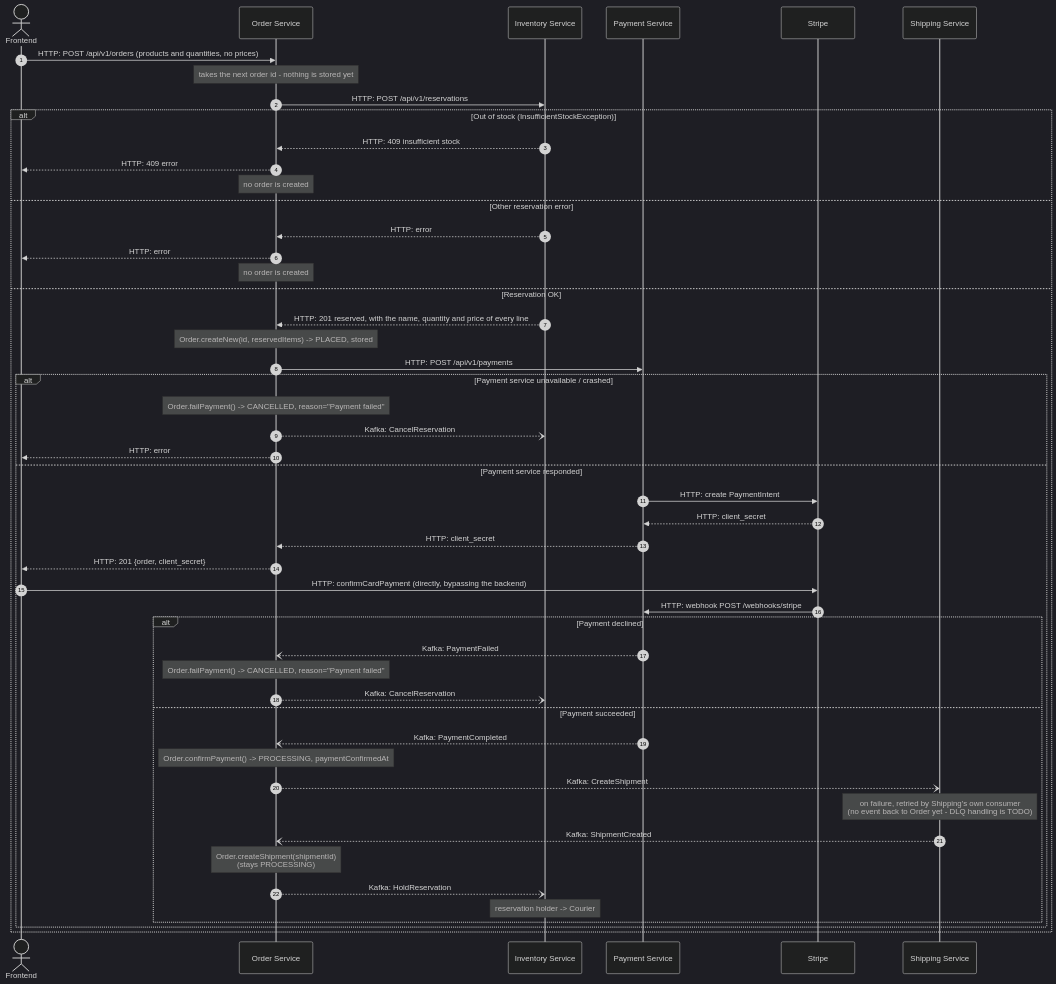
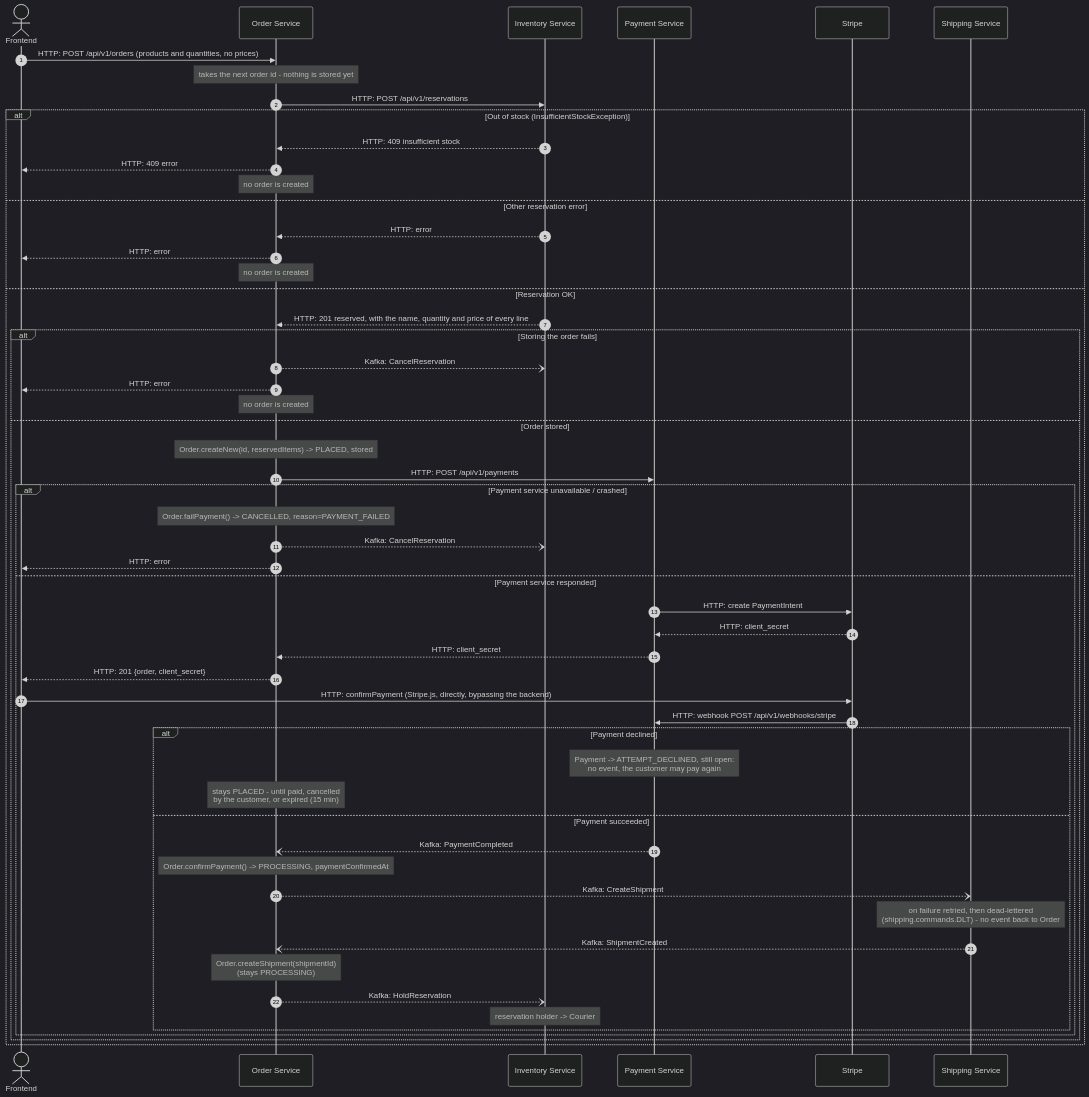
One commit to ihorhartmann/E-commerce-App changed the third of 6 diagrams in docs/order_saga.md. Above: the diagram before and after it, drawn with Mermaid (dark theme). The commit also changed other lines of this file and 8 other files, not shown here.

First line of the commit message:
IHO-39 Order saga doc matches the code; drop the unused PaymentFailed handling

````diff
--- a/docs/order_saga.md
+++ b/docs/order_saga.md
@@ -104,58 +107,64 @@
 ```mermaid
 sequenceDiagram
     autonumber
     actor U as Frontend
     participant O as Order Service
     participant I as Inventory Service
     participant P as Payment Service
     participant S as Stripe
     participant Sh as Shipping Service
 
     U->>O: HTTP: POST /api/v1/orders (products and quantities, no prices)
     Note over O: takes the next order id - nothing is stored yet
     O->>I: HTTP: POST /api/v1/reservations
 
     alt Out of stock (InsufficientStockException)
         I-->>O: HTTP: 409 insufficient stock
         O-->>U: HTTP: 409 error
         Note over O: no order is created
     else Other reservation error
         I-->>O: HTTP: error
         O-->>U: HTTP: error
         Note over O: no order is created
     else Reservation OK
         I-->>O: HTTP: 201 reserved, with the name, quantity and price of every line
-        Note over O: Order.createNew(id, reservedItems) -> PLACED, stored
-        O->>P: HTTP: POST /api/v1/payments
 
-        alt Payment service unavailable / crashed
-            Note over O: Order.failPayment() -> CANCELLED, reason="Payment failed"
+        alt Storing the order fails
             O--)I: Kafka: CancelReservation
             O-->>U: HTTP: error
-        else Payment service responded
-            P->>S: HTTP: create PaymentIntent
-            S-->>P: HTTP: client_secret
-            P-->>O: HTTP: client_secret
-            O-->>U: HTTP: 201 {order, client_secret}
+            Note over O: no order is created
+        else Order stored
+            Note over O: Order.createNew(id, reservedItems) -> PLACED, stored
+            O->>P: HTTP: POST /api/v1/payments
 
-            U->>S: HTTP: confirmCardPayment (directly, bypassing the backend)
-            S->>P: HTTP: webhook POST /webhooks/stripe
+            alt Payment service unavailable / crashed
+                Note over O: Order.failPayment() -> CANCELLED, reason=PAYMENT_FAILED
+                O--)I: Kafka: CancelReservation
+                O-->>U: HTTP: error
+            else Payment service responded
+                P->>S: HTTP: create PaymentIntent
+                S-->>P: HTTP: client_secret
+                P-->>O: HTTP: client_secret
+                O-->>U: HTTP: 201 {order, client_secret}
 
-            alt Payment declined
-                P--)O: Kafka: PaymentFailed
-                Note over O: Order.failPayment() -> CANCELLED, reason="Payment failed"
-                O--)I: Kafka: CancelReservation
-            else Payment succeeded
-                P--)O: Kafka: PaymentCompleted
-                Note over O: Order.confirmPayment() -> PROCESSING, paymentConfirmedAt
-                O--)Sh: Kafka: CreateShipment
-                Note over Sh: on failure, retried by Shipping's own consumer<br/>(no event back to Order yet - DLQ handling is TODO)
+                U->>S: HTTP: confirmPayment (Stripe.js, directly, bypassing the backend)
+                S->>P: HTTP: webhook POST /api/v1/webhooks/stripe
 
-                Sh--)O: Kafka: ShipmentCreated
-                Note over O: Order.createShipment(shipmentId)<br/>(stays PROCESSING)
-                O--)I: Kafka: HoldReservation
-                Note over I: reservation holder -> Courier
+                alt Payment declined
+                    Note over P: Payment -> ATTEMPT_DECLINED, still open:<br/>no event, the customer may pay again
+                    Note over O: stays PLACED - until paid, cancelled<br/>by the customer, or expired (15 min)
+                else Payment succeeded
+                    P--)O: Kafka: PaymentCompleted
+                    Note over O: Order.confirmPayment() -> PROCESSING, paymentConfirmedAt
+                    O--)Sh: Kafka: CreateShipment
+                    Note over Sh: on failure retried, then dead-lettered<br/>(shipping.commands.DLT) - no event back to Order
+
+                    Sh--)O: Kafka: ShipmentCreated
+                    Note over O: Order.createShipment(shipmentId)<br/>(stays PROCESSING)
+                    O--)I: Kafka: HoldReservation
+                    Note over I: reservation holder -> Courier
+                end
             end
         end
     end
 ```
````
